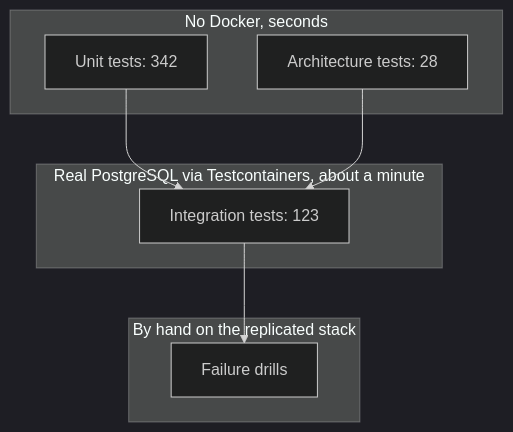
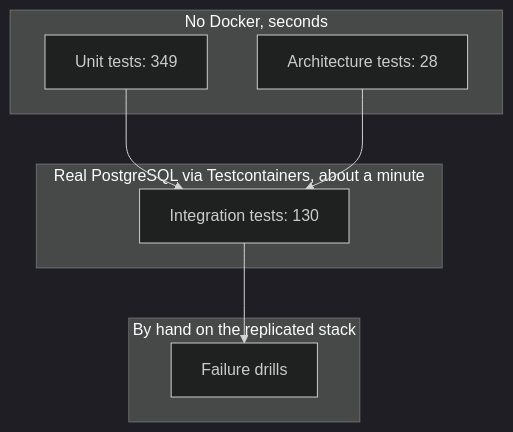
One commit to maysamgamini/crowdfundinghub changed the diagram in tests/README.md. Above: the diagram before and after it, drawn with Mermaid (dark theme). The commit also changed 27 other files, not shown here.

````diff
--- a/tests/README.md
+++ b/tests/README.md
@@ -8,16 +8,16 @@
 ```mermaid
 flowchart TB
     subgraph Fast["No Docker, seconds"]
-        U["Unit tests: 342"]
+        U["Unit tests: 349"]
         A["Architecture tests: 28"]
     end
     subgraph Real["Real PostgreSQL via Testcontainers, about a minute"]
-        I["Integration tests: 123"]
+        I["Integration tests: 130"]
     end
     subgraph Hand["By hand on the replicated stack"]
         D["Failure drills"]
     end
     U --> I
     A --> I
     I --> D
 ```
````
